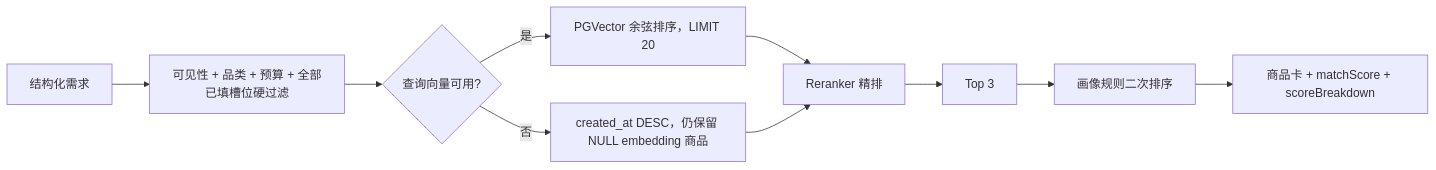
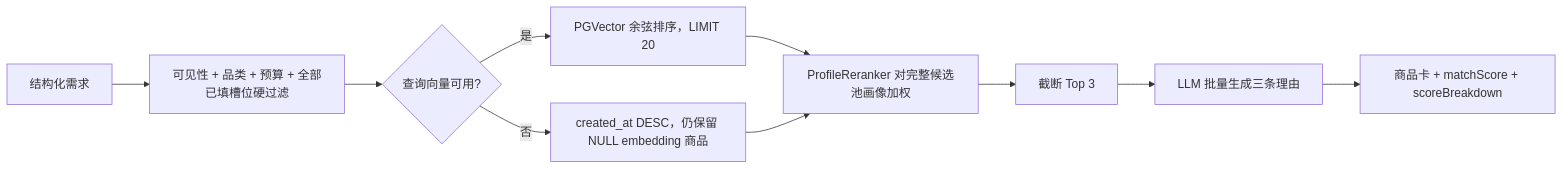
Before and after one commit to ivaris03/voice-shopping-agents: the third of 4 diagrams in docs/architecture.md, drawn with Mermaid. The commit also changed other lines of this file and 21 other files, not shown here.

````diff
--- a/docs/architecture.md
+++ b/docs/architecture.md
@@ -189,12 +189,12 @@
 ```mermaid
 flowchart LR
     A["结构化需求"] --> B["可见性 + 品类 + 预算 + 全部已填槽位硬过滤"]
     B --> C{"查询向量可用?"}
     C -->|是| D["PGVector 余弦排序，LIMIT 20"]
     C -->|否| E["created_at DESC，仍保留 NULL embedding 商品"]
-    D --> F["Reranker 精排"]
+    D --> F["ProfileReranker 对完整候选池画像加权"]
     E --> F
-    F --> G["Top 3"]
-    G --> H["画像规则二次排序"]
+    F --> G["截断 Top 3"]
+    G --> H["LLM 批量生成三条理由"]
     H --> I["商品卡 + matchScore + scoreBreakdown"]
 ```
````
